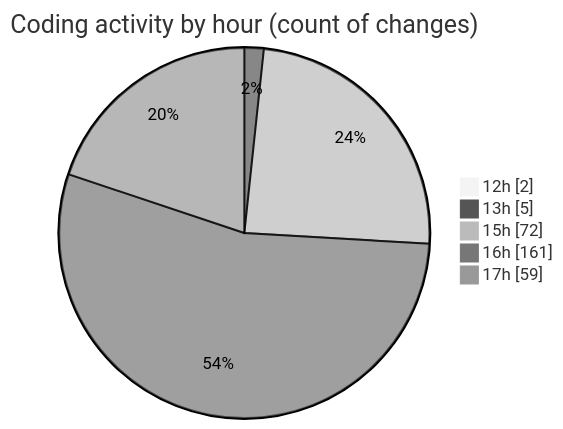
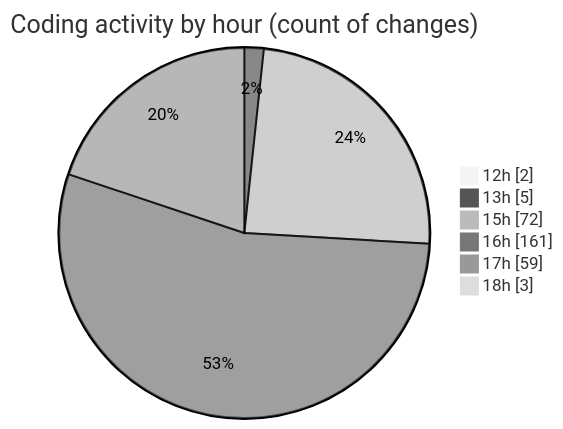
Before and after one commit to EIIisD/code-tracking: the second of 2 diagrams in 2025-07-12/fish/README.md, drawn with Mermaid (neutral theme). The commit also changed other lines of this file and 1 other file, not shown here.

````diff
--- a/2025-07-12/fish/README.md
+++ b/2025-07-12/fish/README.md
@@ -176,9 +177,10 @@
 ```mermaid
 pie showData
 title Coding activity by hour (count of changes)
 "12h" : 2
 "13h" : 5
 "15h" : 72
 "16h" : 161
 "17h" : 59
+"18h" : 3
 ```
````
